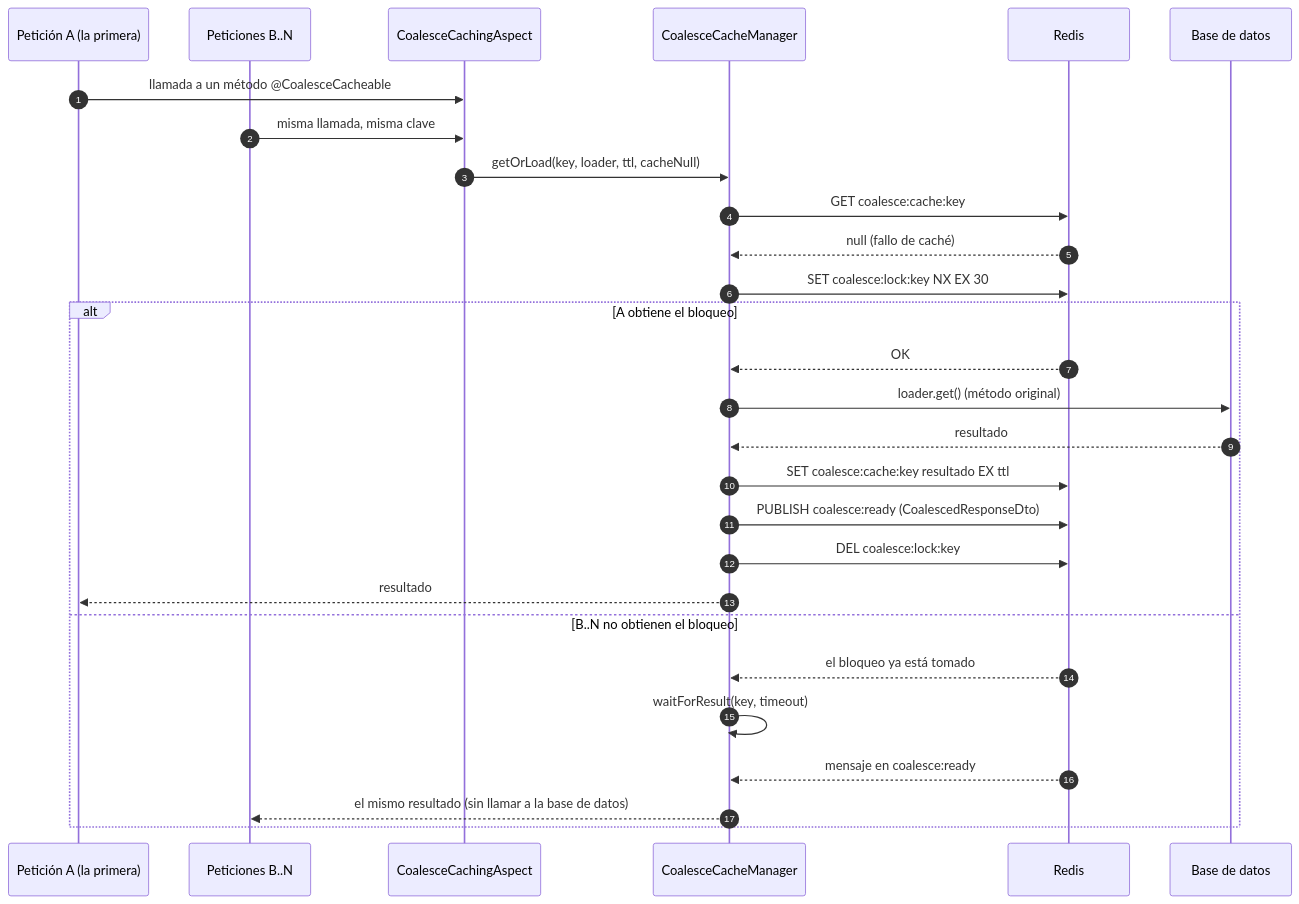
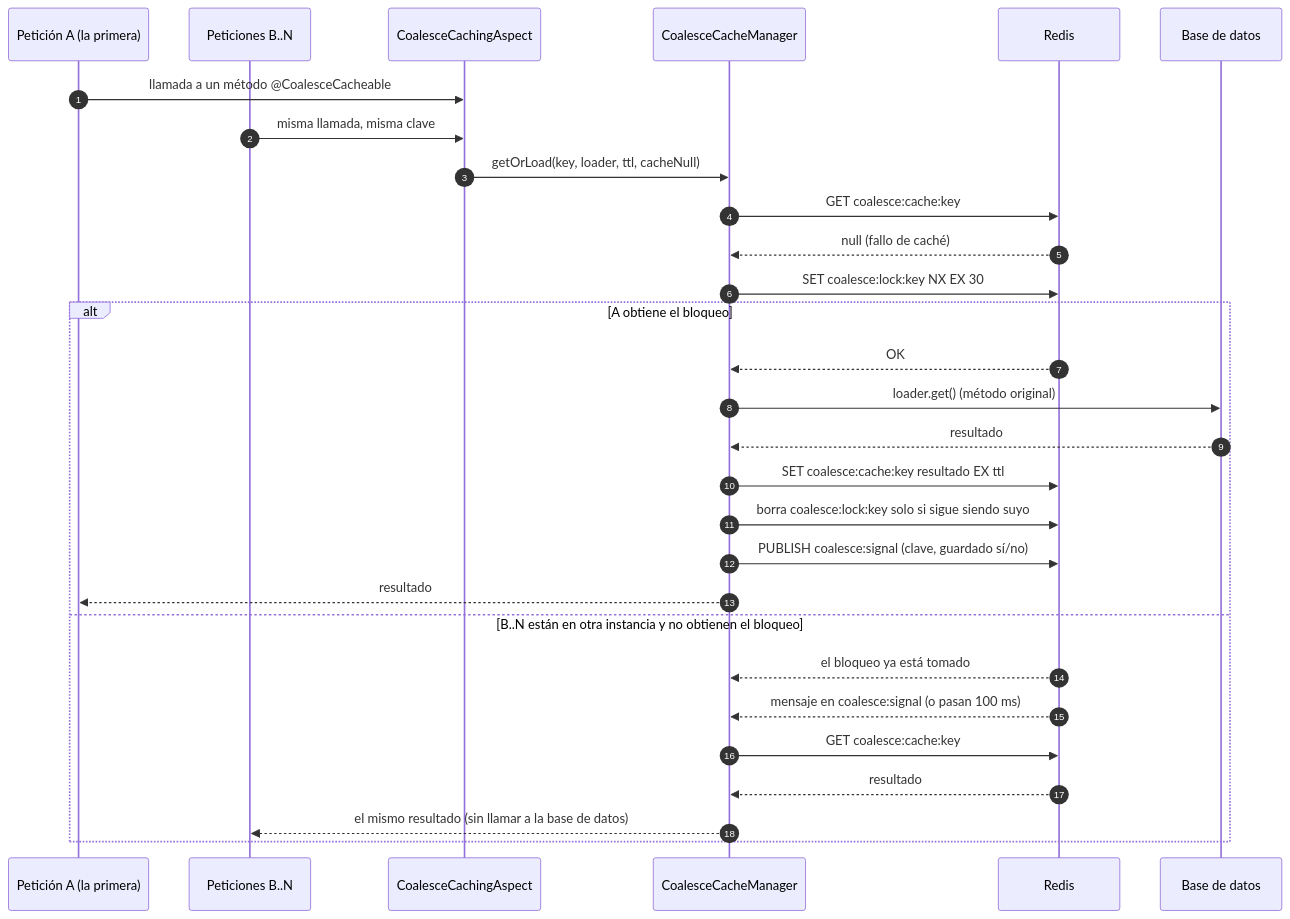
Before and after one commit to programming0026/sbj-util-redis-annotation: the seventh of 9 diagrams in sbj-util-redis/README.md, drawn with Mermaid. The commit also changed other lines of this file and 71 other files, not shown here.

````diff
--- a/sbj-util-redis/README.md
+++ b/sbj-util-redis/README.md
@@ -1203,31 +1375,32 @@
 ```mermaid
 sequenceDiagram
     autonumber
     participant A as Petición A (la primera)
     participant B as Peticiones B..N
     participant Asp as CoalesceCachingAspect
     participant Mgr as CoalesceCacheManager
     participant Red as Redis
     participant Db as Base de datos
 
     A->>Asp: llamada a un método @CoalesceCacheable
     B->>Asp: misma llamada, misma clave
     Asp->>Mgr: getOrLoad(key, loader, ttl, cacheNull)
     Mgr->>Red: GET coalesce:cache:key
     Red-->>Mgr: null (fallo de caché)
     Mgr->>Red: SET coalesce:lock:key NX EX 30
     alt A obtiene el bloqueo
         Red-->>Mgr: OK
         Mgr->>Db: loader.get() (método original)
         Db-->>Mgr: resultado
         Mgr->>Red: SET coalesce:cache:key resultado EX ttl
-        Mgr->>Red: PUBLISH coalesce:ready (CoalescedResponseDto)
-        Mgr->>Red: DEL coalesce:lock:key
+        Mgr->>Red: borra coalesce:lock:key solo si sigue siendo suyo
+        Mgr->>Red: PUBLISH coalesce:signal (clave, guardado sí/no)
         Mgr-->>A: resultado
-    else B..N no obtienen el bloqueo
+    else B..N están en otra instancia y no obtienen el bloqueo
         Red-->>Mgr: el bloqueo ya está tomado
-        Mgr->>Mgr: waitForResult(key, timeout)
-        Red-->>Mgr: mensaje en coalesce:ready
+        Red-->>Mgr: mensaje en coalesce:signal (o pasan 100 ms)
+        Mgr->>Red: GET coalesce:cache:key
+        Red-->>Mgr: resultado
         Mgr-->>B: el mismo resultado (sin llamar a la base de datos)
     end
 ```
````
